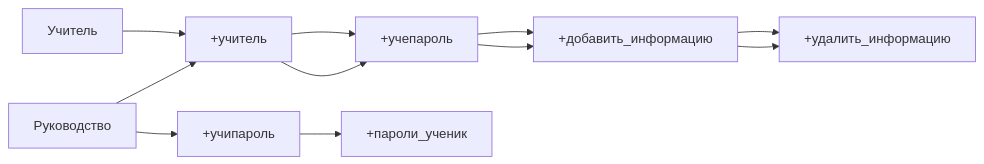
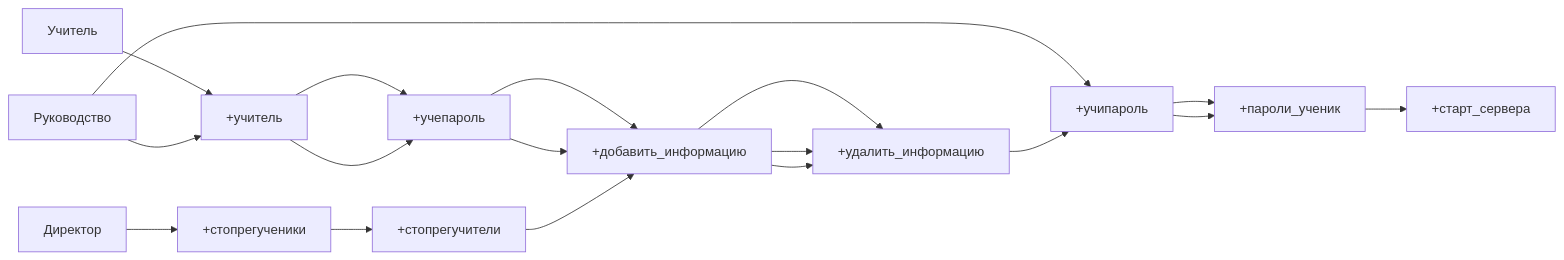
Before and after one commit to caffreyfizz/discord.py-platform-SIC: the diagram in README.md, drawn with Mermaid.

````diff
--- a/README.md
+++ b/README.md
@@ -113,7 +113,8 @@
 ```mermaid
 graph LR;
     Учитель-->+учитель-->+учепароль-->+добавить_информацию-->+удалить_информацию;
     Руководство-->+учитель-->+учепароль-->+добавить_информацию-->+удалить_информацию;
     Руководство-->+учипароль-->+пароли_ученик;
+    Директор-->+стопрегученики-->+стопрегучители-->+добавить_информацию-->+удалить_информацию-->+учипароль-->+пароли_ученик-->+старт_сервера
       
 ```
````
